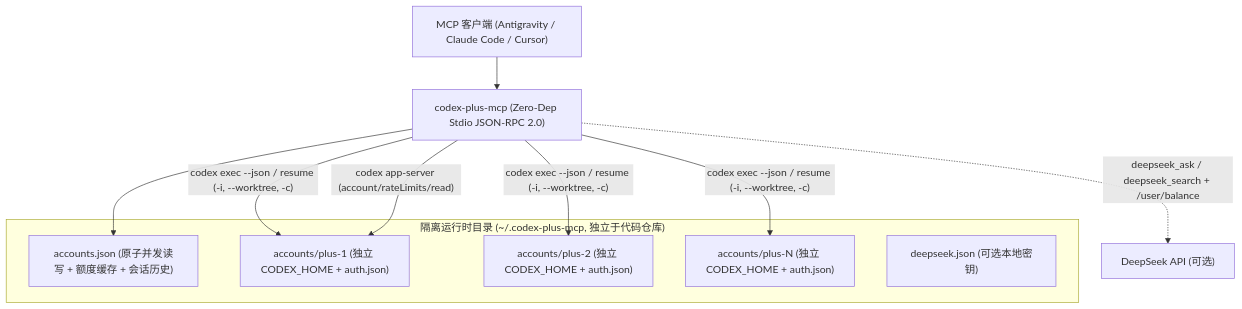
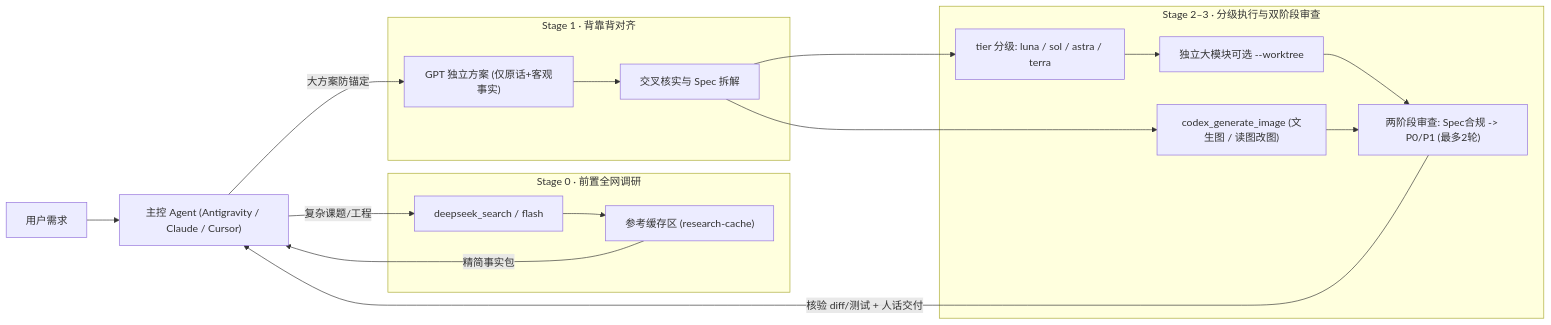
Before and after one commit to Mcdull581/codex-plus-mcp: the diagram in README.md, drawn with Mermaid. The commit also changed other lines of this file and 9 other files, not shown here.

````diff
--- a/README.md
+++ b/README.md
@@ -27,17 +68,27 @@
 ```mermaid
-flowchart TD
-    Client["MCP 客户端 (Antigravity / Claude Code / Cursor)"] --> MCP["codex-plus-mcp (Zero-Dep Stdio JSON-RPC 2.0)"]
+flowchart LR
+    U["用户需求"] --> M["主控 Agent (Antigravity / Claude / Cursor)"]
 
-    subgraph Pool["隔离运行时目录 (~/.codex-plus-mcp, 独立于代码仓库)"]
-        Reg["accounts.json (原子并发读写 + 额度缓存 + 会话历史)"]
-        A1["accounts/plus-1 (独立 CODEX_HOME + auth.json)"]
-        A2["accounts/plus-2 (独立 CODEX_HOME + auth.json)"]
-        AN["accounts/plus-N (独立 CODEX_HOME + auth.json)"]
-        DSCfg["deepseek.json (可选本地密钥)"]
+    subgraph S0["Stage 0 · 前置全网调研"]
+        DS["deepseek_search / flash"] --> Cache["参考缓存区 (research-cache)"]
     end
 
-    MCP --> Reg
-    MCP -->|"codex exec --json / resume (-i, --worktree, -c)"| A1 & A2 & AN
-    MCP -->|"codex app-server (account/rateLimits/read)"| A1
-    MCP -.->|"deepseek_ask / deepseek_search + /user/balance"| DS["DeepSeek API (可选)"]
+    subgraph S1["Stage 1 · 背靠背对齐"]
+        Plan["GPT 独立方案 (仅原话+客观事实)"] --> Merge["交叉核实与 Spec 拆解"]
+    end
+
+    subgraph S2["Stage 2–3 · 分级执行与双阶段审查"]
+        Exec["tier 分级: luna / sol / astra / terra"]
+        Img["codex_generate_image (文生图 / 读图改图)"]
+        WT["独立大模块可选 --worktree"]
+        Rev["两阶段审查: Spec合规 -> P0/P1 (最多2轮)"]
+        Exec --> WT --> Rev
+        Img --> Rev
+    end
+
+    M -->|"复杂课题/工程"| DS
+    Cache -->|"精简事实包"| M
+    M -->|"大方案防锚定"| Plan
+    Merge --> Exec & Img
+    Rev -->|"核验 diff/测试 + 人话交付"| M
 ```
````
